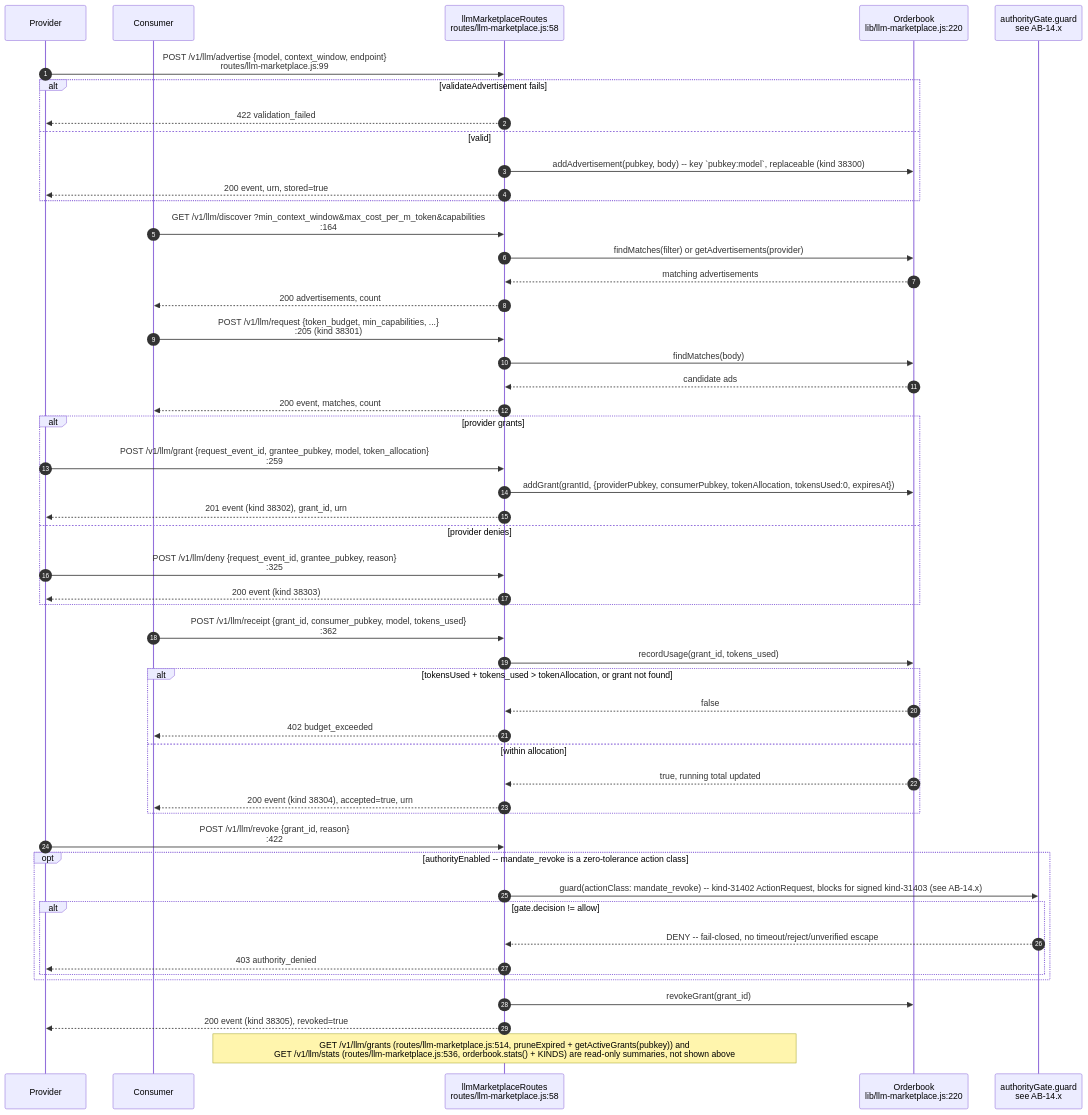
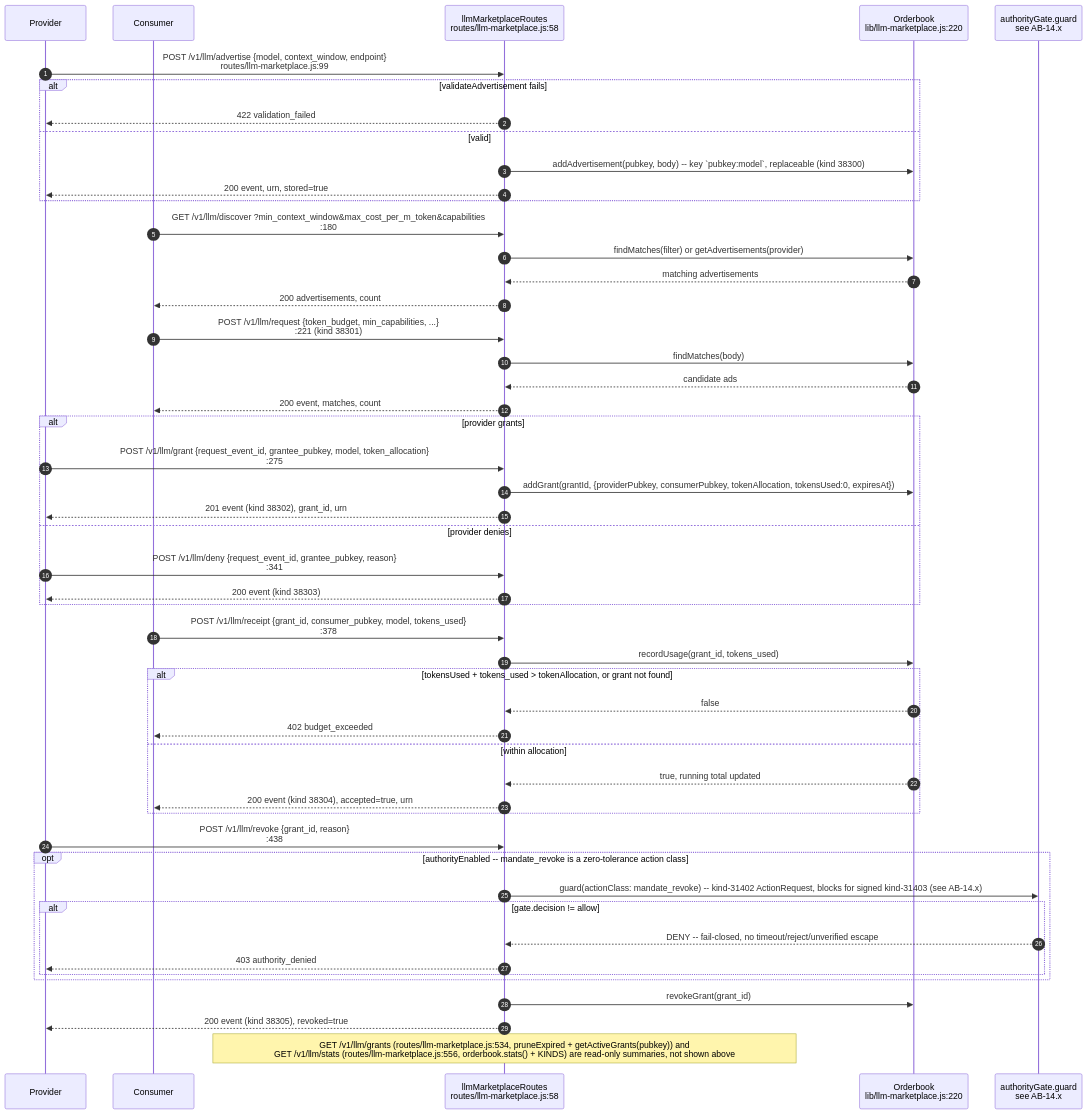
One commit to DreamLab-AI/VisionFlow changed the ninth of 15 diagrams in docs/diagrams/agentbox/15-capability-gating-spend-consultants.md. Above: the diagram before and after it, drawn with Mermaid. The commit also changed other lines of this file and 160 other files, not shown here.

````diff
--- a/docs/diagrams/agentbox/15-capability-gating-spend-consultants.md
+++ b/docs/diagrams/agentbox/15-capability-gating-spend-consultants.md
@@ -446,59 +448,59 @@
 ```mermaid
 sequenceDiagram
     autonumber
     participant Prov as Provider
     participant Cons as Consumer
     participant R as llmMarketplaceRoutes<br/>routes/llm-marketplace.js:58
     participant OB as Orderbook<br/>lib/llm-marketplace.js:220
     participant Gate as authorityGate.guard<br/>see AB-14.x
 
     Prov->>R: POST /v1/llm/advertise {model, context_window, endpoint}<br/>routes/llm-marketplace.js:99
     alt validateAdvertisement fails
         R-->>Prov: 422 validation_failed
     else valid
         R->>OB: addAdvertisement(pubkey, body) -- key #96;pubkey:model#96;, replaceable (kind 38300)
         R-->>Prov: 200 event, urn, stored=true
     end
 
-    Cons->>R: GET /v1/llm/discover ?min_context_window&max_cost_per_m_token&capabilities<br/>:164
+    Cons->>R: GET /v1/llm/discover ?min_context_window&max_cost_per_m_token&capabilities<br/>:180
     R->>OB: findMatches(filter) or getAdvertisements(provider)
     OB-->>R: matching advertisements
     R-->>Cons: 200 advertisements, count
 
-    Cons->>R: POST /v1/llm/request {token_budget, min_capabilities, ...}<br/>:205 (kind 38301)
+    Cons->>R: POST /v1/llm/request {token_budget, min_capabilities, ...}<br/>:221 (kind 38301)
     R->>OB: findMatches(body)
     OB-->>R: candidate ads
     R-->>Cons: 200 event, matches, count
 
     alt provider grants
-        Prov->>R: POST /v1/llm/grant {request_event_id, grantee_pubkey, model, token_allocation}<br/>:259
+        Prov->>R: POST /v1/llm/grant {request_event_id, grantee_pubkey, model, token_allocation}<br/>:275
         R->>OB: addGrant(grantId, {providerPubkey, consumerPubkey, tokenAllocation, tokensUsed:0, expiresAt})
         R-->>Prov: 201 event #40;kind 38302#41;, grant_id, urn
     else provider denies
-        Prov->>R: POST /v1/llm/deny {request_event_id, grantee_pubkey, reason}<br/>:325
+        Prov->>R: POST /v1/llm/deny {request_event_id, grantee_pubkey, reason}<br/>:341
         R-->>Prov: 200 event #40;kind 38303#41;
     end
 
-    Cons->>R: POST /v1/llm/receipt {grant_id, consumer_pubkey, model, tokens_used}<br/>:362
+    Cons->>R: POST /v1/llm/receipt {grant_id, consumer_pubkey, model, tokens_used}<br/>:378
     R->>OB: recordUsage(grant_id, tokens_used)
     alt tokensUsed + tokens_used #62; tokenAllocation, or grant not found
         OB-->>R: false
         R-->>Cons: 402 budget_exceeded
     else within allocation
         OB-->>R: true, running total updated
         R-->>Cons: 200 event #40;kind 38304#41;, accepted=true, urn
     end
 
-    Prov->>R: POST /v1/llm/revoke {grant_id, reason}<br/>:422
+    Prov->>R: POST /v1/llm/revoke {grant_id, reason}<br/>:438
     opt authorityEnabled -- mandate_revoke is a zero-tolerance action class
         R->>Gate: guard#40;actionClass: mandate_revoke#41; -- kind-31402 ActionRequest, blocks for signed kind-31403 (see AB-14.x)
         alt gate.decision != allow
             Gate-->>R: DENY -- fail-closed, no timeout/reject/unverified escape
             R-->>Prov: 403 authority_denied
         end
     end
     R->>OB: revokeGrant(grant_id)
     R-->>Prov: 200 event #40;kind 38305#41;, revoked=true
 
-    Note over R: GET /v1/llm/grants #40;routes/llm-marketplace.js:514, pruneExpired + getActiveGrants#40;pubkey#41;#41; and<br/>GET /v1/llm/stats #40;routes/llm-marketplace.js:536, orderbook.stats#40;#41; + KINDS#41; are read-only summaries, not shown above
+    Note over R: GET /v1/llm/grants #40;routes/llm-marketplace.js:534, pruneExpired + getActiveGrants#40;pubkey#41;#41; and<br/>GET /v1/llm/stats #40;routes/llm-marketplace.js:556, orderbook.stats#40;#41; + KINDS#41; are read-only summaries, not shown above
 ```
````
